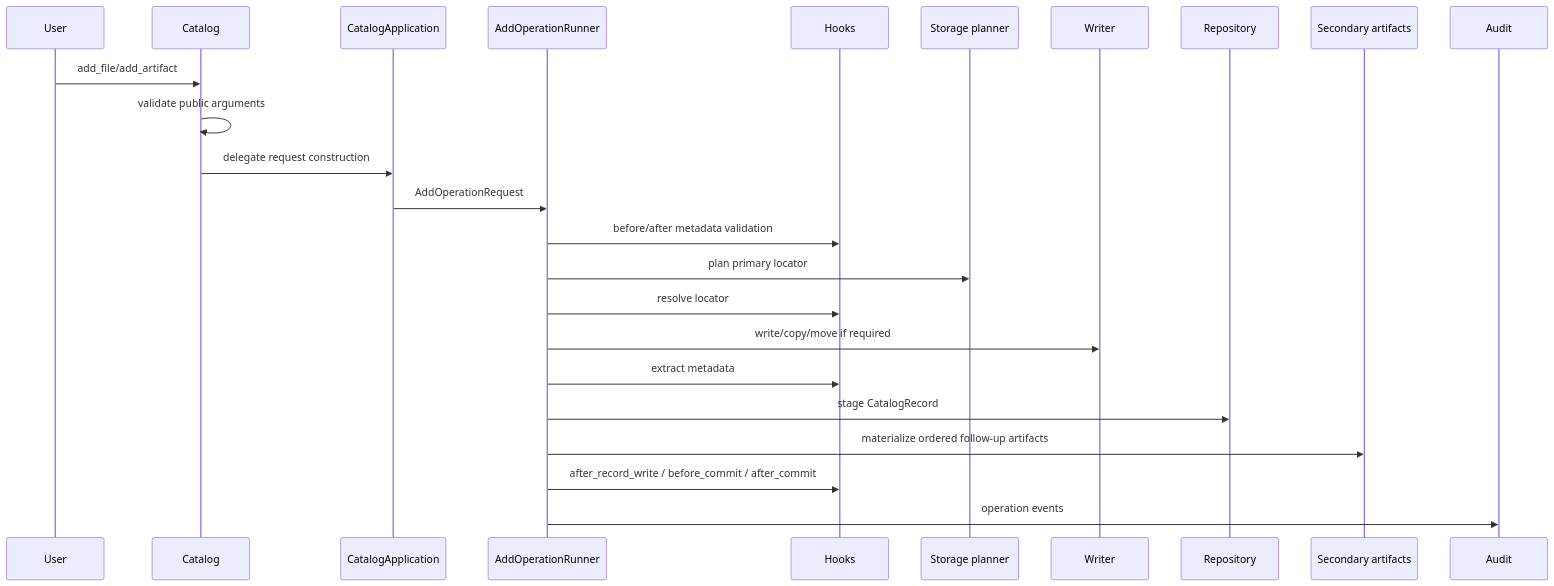
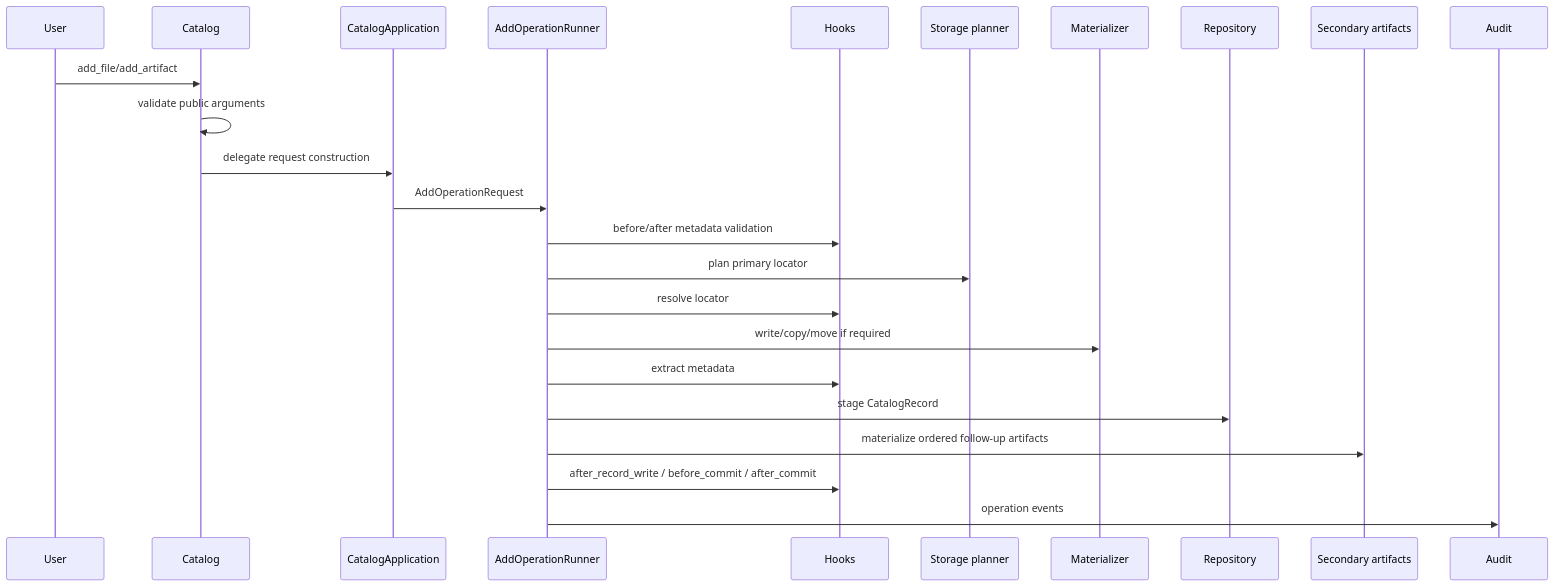
The second of 4 diagrams in docs/current-architecture-report.md (openghg/ogcat), drawn with Mermaid before and after one commit. The commit also changed other lines of this file and 4 other files, not shown here.

Commit message:
Document dated architecture snapshots

````diff
--- a/docs/current-architecture-report.md
+++ b/docs/current-architecture-report.md
@@ -56,27 +66,27 @@
 ```mermaid
 sequenceDiagram
   participant User
   participant Catalog
   participant App as CatalogApplication
   participant Runner as AddOperationRunner
   participant Hooks
   participant Planner as Storage planner
-  participant Writer
+  participant Materializer
   participant Repo as Repository
   participant Secondary as Secondary artifacts
   participant Audit
 
   User->>Catalog: add_file/add_artifact
   Catalog->>Catalog: validate public arguments
   Catalog->>App: delegate request construction
   App->>Runner: AddOperationRequest
   Runner->>Hooks: before/after metadata validation
   Runner->>Planner: plan primary locator
   Runner->>Hooks: resolve locator
-  Runner->>Writer: write/copy/move if required
+  Runner->>Materializer: write/copy/move if required
   Runner->>Hooks: extract metadata
   Runner->>Repo: stage CatalogRecord
   Runner->>Secondary: materialize ordered follow-up artifacts
   Runner->>Hooks: after_record_write / before_commit / after_commit
   Runner->>Audit: operation events
 ```
````
